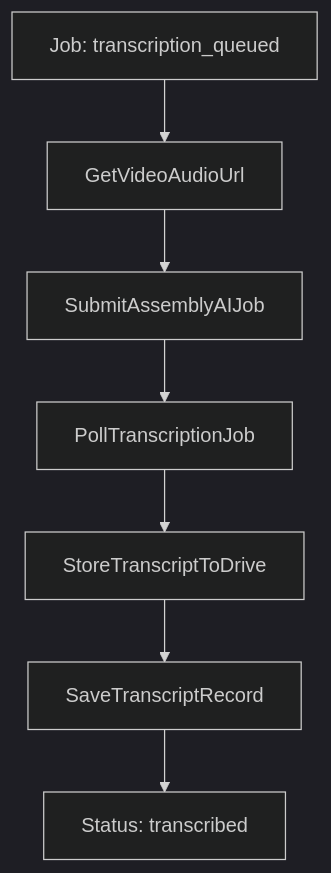
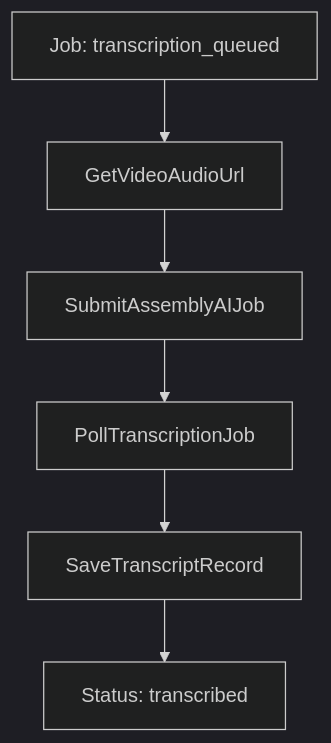
The diagram in autopiloot/docs/charts/transcriber_agent.md (raynmakers/autopiloot-agents), drawn with Mermaid (dark theme) before and after one commit. The commit also changed 14 other files, not shown here.

First line of the commit message:
refactor: consolidate transcript storage tools into single SaveTranscriptRecord

````diff
--- a/autopiloot/docs/charts/transcriber_agent.md
+++ b/autopiloot/docs/charts/transcriber_agent.md
@@ -3,9 +3,8 @@
 ```mermaid
 flowchart TD
   A[Job: transcription_queued] --> B[GetVideoAudioUrl]
   B --> C[SubmitAssemblyAIJob]
   C --> D[PollTranscriptionJob]
-  D --> E[StoreTranscriptToDrive]
-  E --> F[SaveTranscriptRecord]
-  F --> G[Status: transcribed]
+  D --> E[SaveTranscriptRecord]
+  E --> F[Status: transcribed]
 ```
````
